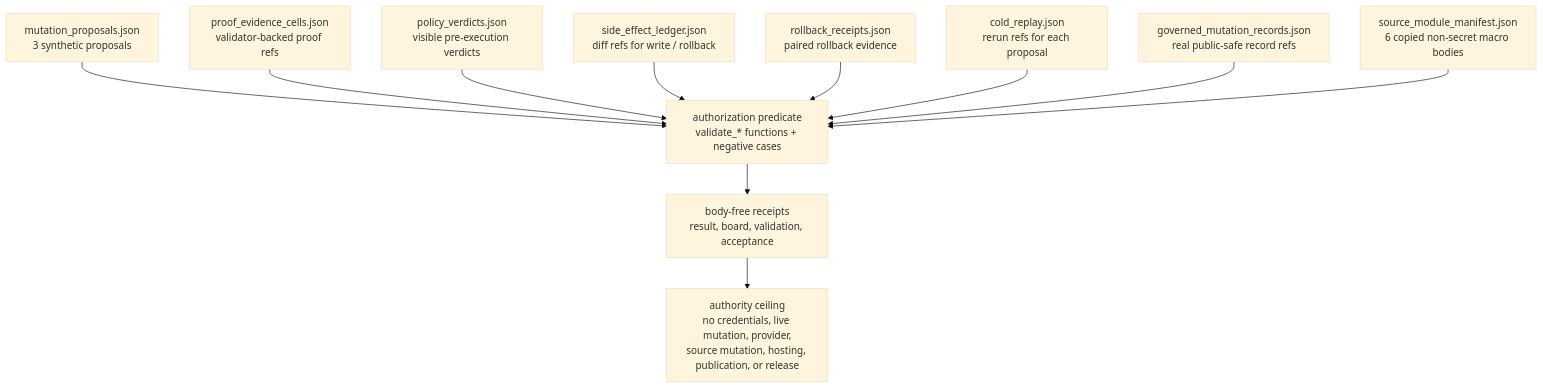
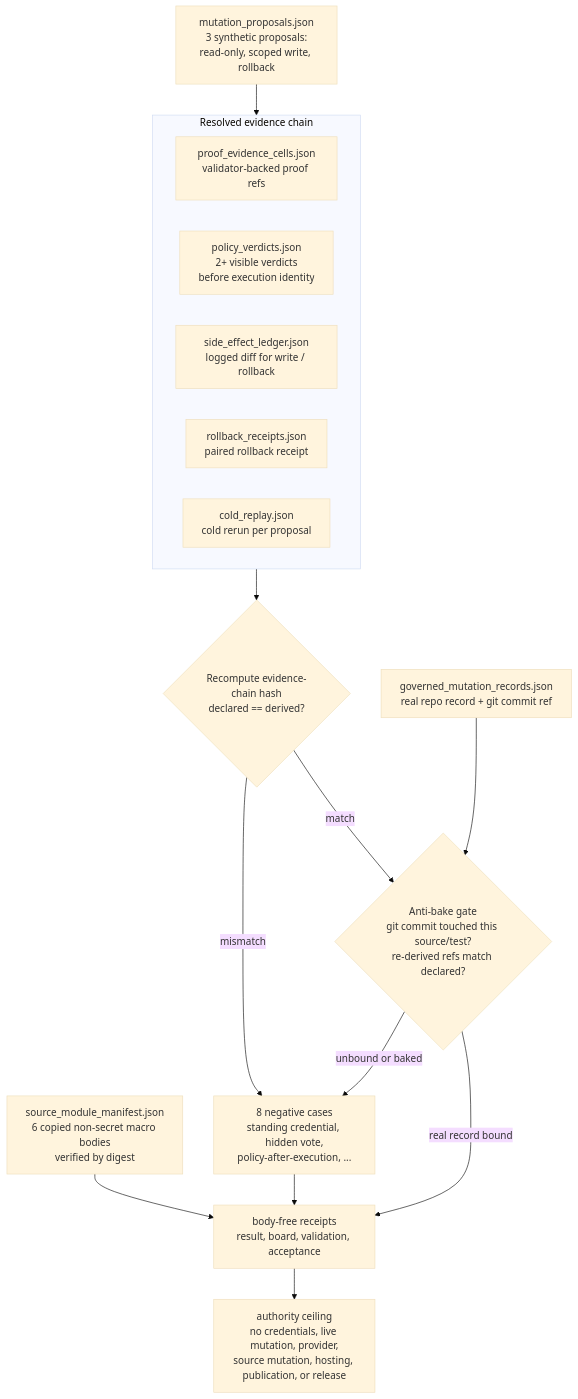
The diagram in paper_modules/proof_derived_governed_mutation_authorization.md (wcook04/plectis), drawn with Mermaid (base theme) before and after one commit. The commit also changed other lines of this file and 90 other files, not shown here.

First line of the commit message:
microcosm: enrich public paper-module prose and Shape diagrams (91 modules)

````diff
--- a/paper_modules/proof_derived_governed_mutation_authorization.md
+++ b/paper_modules/proof_derived_governed_mutation_authorization.md
@@ -38,25 +66,31 @@
 ```mermaid
 flowchart TD
-  Proposals["mutation_proposals.json<br/>3 synthetic proposals"]
-  ProofCells["proof_evidence_cells.json<br/>validator-backed proof refs"]
-  Policies["policy_verdicts.json<br/>visible pre-execution verdicts"]
-  Effects["side_effect_ledger.json<br/>diff refs for write / rollback"]
-  Rollbacks["rollback_receipts.json<br/>paired rollback evidence"]
-  Replay["cold_replay.json<br/>rerun refs for each proposal"]
-  Records["governed_mutation_records.json<br/>real public-safe record refs"]
-  SourceManifest["source_module_manifest.json<br/>6 copied non-secret macro bodies"]
-  Validator["authorization predicate<br/>validate_* functions + negative cases"]
+  Proposals["mutation_proposals.json<br/>3 synthetic proposals:<br/>read-only, scoped write, rollback"]
+
+  subgraph Evidence["Resolved evidence chain"]
+    ProofCells["proof_evidence_cells.json<br/>validator-backed proof refs"]
+    Policies["policy_verdicts.json<br/>2+ visible verdicts<br/>before execution identity"]
+    Effects["side_effect_ledger.json<br/>logged diff for write / rollback"]
+    Rollbacks["rollback_receipts.json<br/>paired rollback receipt"]
+    Replay["cold_replay.json<br/>cold rerun per proposal"]
+  end
+
+  Hash{"Recompute evidence-chain hash<br/>declared == derived?"}
+  Records["governed_mutation_records.json<br/>real repo record + git commit ref"]
+  AntiBake{"Anti-bake gate<br/>git commit touched this source/test?<br/>re-derived refs match declared?"}
+  SourceManifest["source_module_manifest.json<br/>6 copied non-secret macro bodies<br/>verified by digest"]
+  Negatives["8 negative cases<br/>standing credential, hidden vote,<br/>policy-after-execution, ..."]
   Receipts["body-free receipts<br/>result, board, validation, acceptance"]
   Ceiling["authority ceiling<br/>no credentials, live mutation, provider,<br/>source mutation, hosting, publication, or release"]
 
-  Proposals --> Validator
-  ProofCells --> Validator
-  Policies --> Validator
-  Effects --> Validator
-  Rollbacks --> Validator
-  Replay --> Validator
-  Records --> Validator
-  SourceManifest --> Validator
-  Validator --> Receipts
+  Proposals --> Evidence
+  Evidence --> Hash
+  Hash -->|match| AntiBake
+  Hash -->|mismatch| Negatives
+  Records --> AntiBake
+  AntiBake -->|real record bound| Receipts
+  AntiBake -->|unbound or baked| Negatives
+  SourceManifest --> Receipts
+  Negatives --> Receipts
   Receipts --> Ceiling
 ```
````
